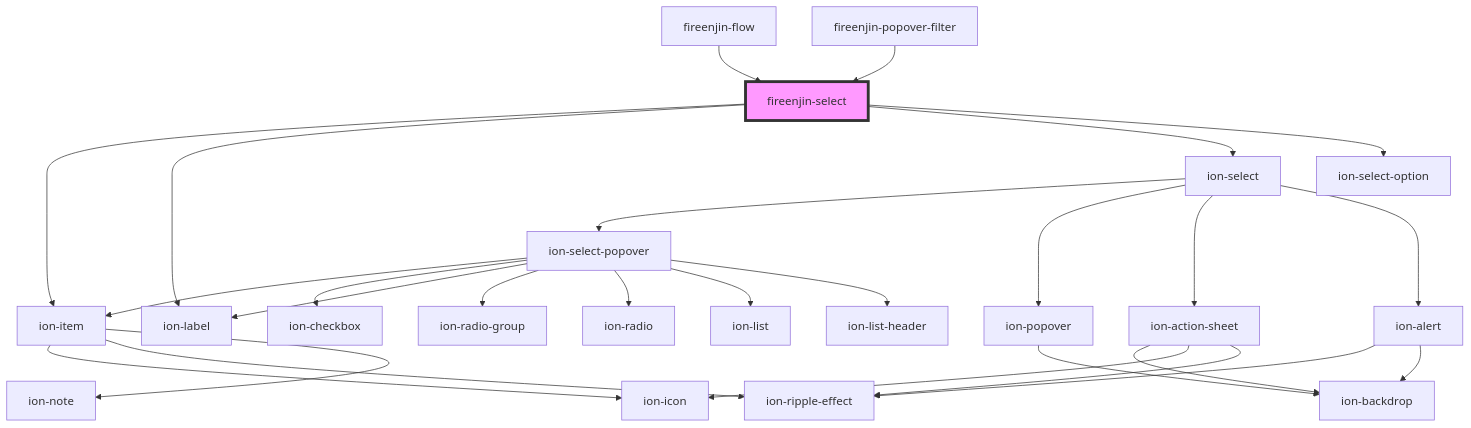
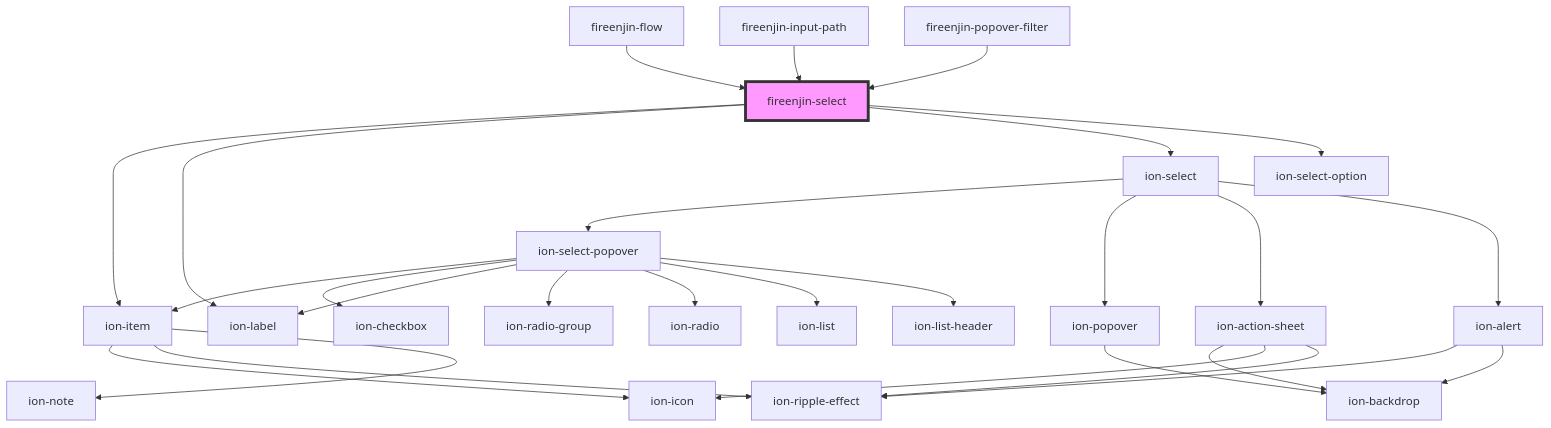
The diagram in src/components/select/readme.md (FireEnjin/Components), drawn with Mermaid before and after one commit. The commit also changed other lines of this file and 5 other files, not shown here.

Commit message:
fix(): Add new input-path component

````diff
--- a/src/components/select/readme.md
+++ b/src/components/select/readme.md
@@ -65,30 +66,31 @@
 ```mermaid
 graph TD;
   fireenjin-select --> ion-item
   fireenjin-select --> ion-label
   fireenjin-select --> ion-select
   fireenjin-select --> ion-select-option
   ion-item --> ion-icon
   ion-item --> ion-ripple-effect
   ion-item --> ion-note
   ion-select --> ion-select-popover
   ion-select --> ion-popover
   ion-select --> ion-action-sheet
   ion-select --> ion-alert
   ion-select-popover --> ion-item
   ion-select-popover --> ion-checkbox
   ion-select-popover --> ion-label
   ion-select-popover --> ion-radio-group
   ion-select-popover --> ion-radio
   ion-select-popover --> ion-list
   ion-select-popover --> ion-list-header
   ion-popover --> ion-backdrop
   ion-action-sheet --> ion-backdrop
   ion-action-sheet --> ion-icon
   ion-action-sheet --> ion-ripple-effect
   ion-alert --> ion-ripple-effect
   ion-alert --> ion-backdrop
   fireenjin-flow --> fireenjin-select
+  fireenjin-input-path --> fireenjin-select
   fireenjin-popover-filter --> fireenjin-select
   style fireenjin-select fill:#f9f,stroke:#333,stroke-width:4px
 ```
````
